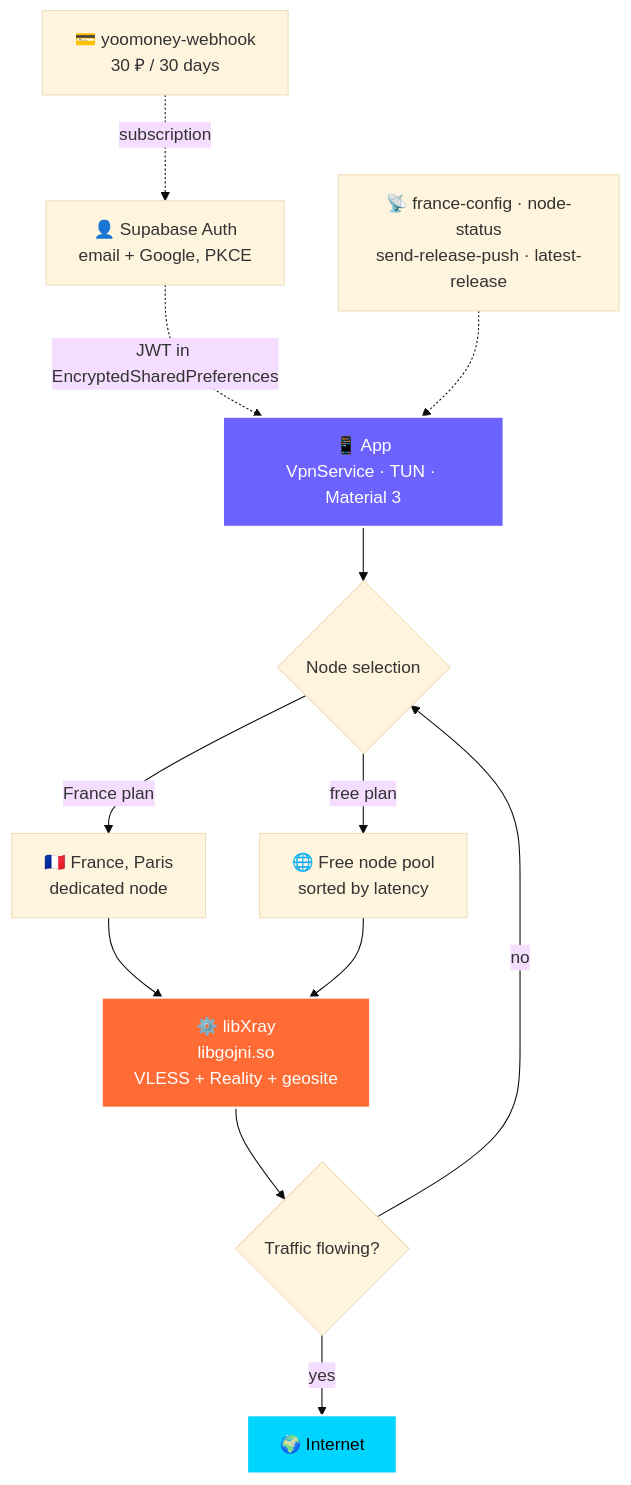
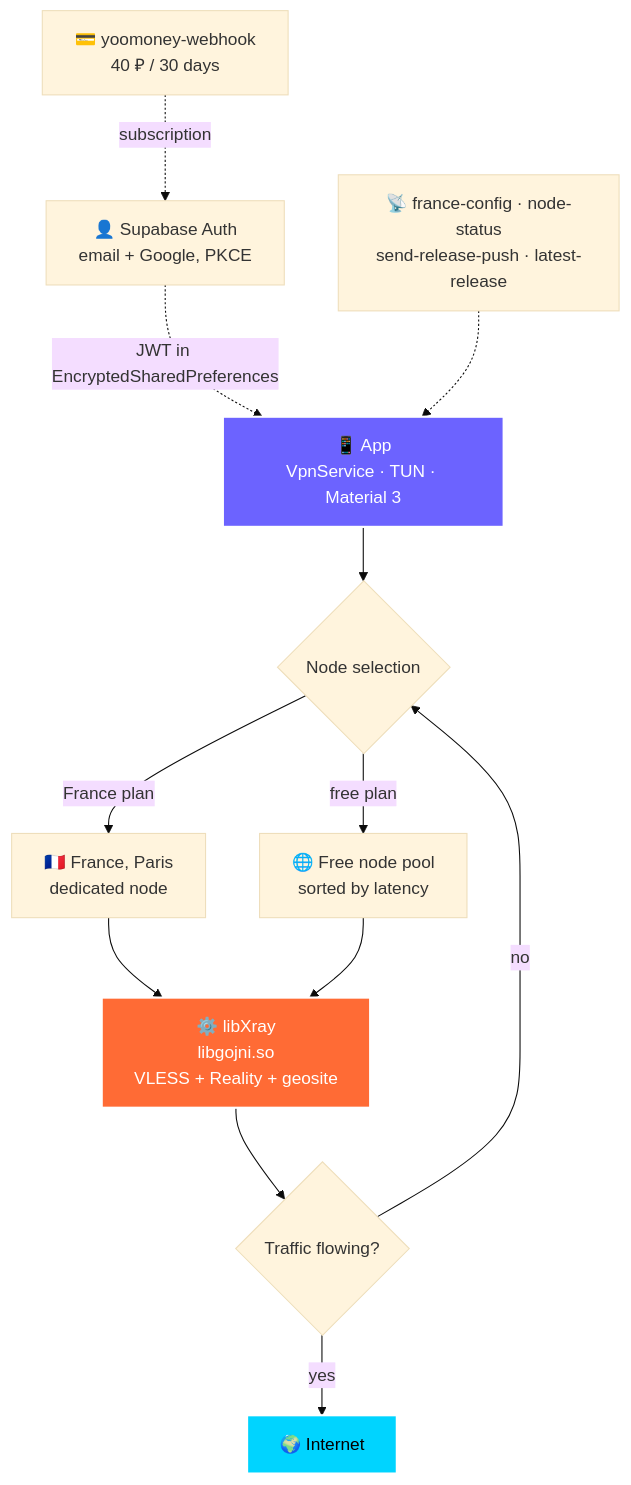
The diagram in README_EN.md (Core-Dev-Support/naua-security-mirage-android), drawn with Mermaid (base theme) before and after one commit. The commit also changed other lines of this file and 19 other files, not shown here.

````diff
--- a/README_EN.md
+++ b/README_EN.md
@@ -87,19 +87,19 @@
 ```mermaid
 flowchart TD
     A["📱 App<br/>VpnService · TUN · Material 3"] --> S{"Node selection"}
     S -->|"France plan"| P["🇫🇷 France, Paris<br/>dedicated node"]
     S -->|"free plan"| F["🌐 Free node pool<br/>sorted by latency"]
     P --> C["⚙️ libXray<br/>libgojni.so<br/>VLESS + Reality + geosite"]
     F --> C
     C --> W{"Traffic flowing?"}
     W -->|no| S
     W -->|yes| N["🌍 Internet"]
 
     G["👤 Supabase Auth<br/>email + Google, PKCE"] -.->|JWT in EncryptedSharedPreferences| A
-    Y["💳 yoomoney-webhook<br/>30 ₽ / 30 days"] -.->|subscription| G
+    Y["💳 yoomoney-webhook<br/>40 ₽ / 30 days"] -.->|subscription| G
     B["📡 france-config · node-status<br/>send-release-push · latest-release"] -.-> A
 
     style A fill:#6C63FF,stroke:#fff,stroke-width:2px,color:#fff
     style C fill:#FF6B35,stroke:#fff,stroke-width:2px,color:#fff
     style N fill:#00D4FF,stroke:#fff,stroke-width:2px,color:#000
 ```
````
